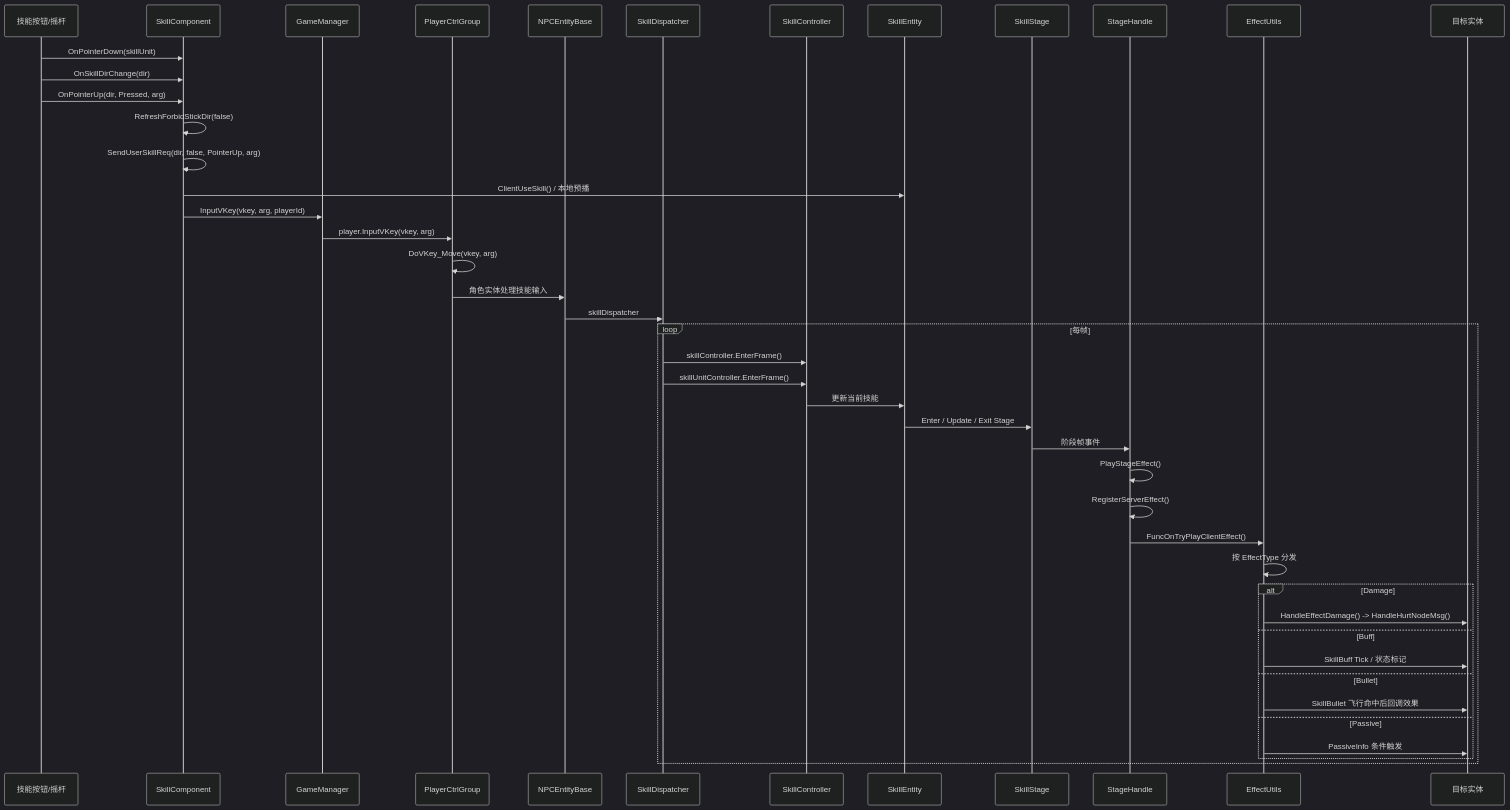
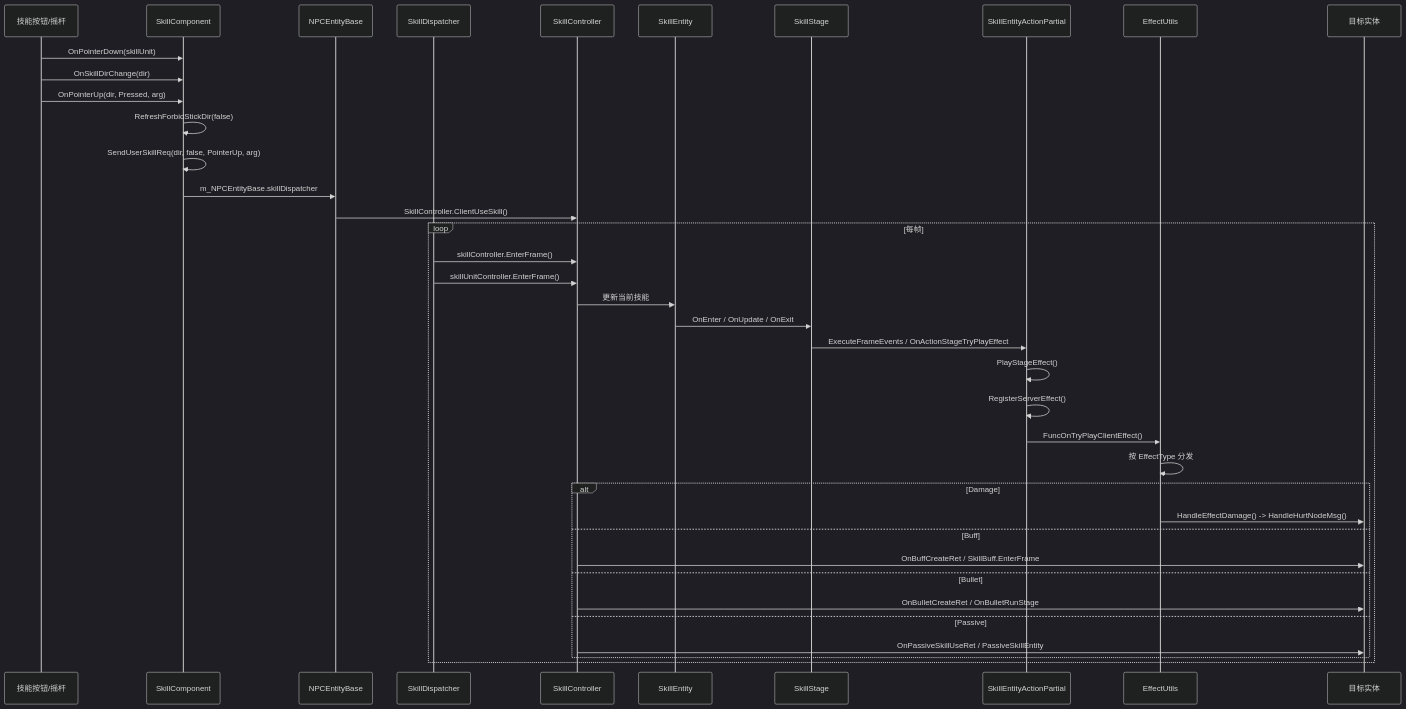
One commit to BoyLei/Stars changed the second of 2 diagrams in diagrams/battle/FLOW_SKILL_CAST_FULL.md. Above: the diagram before and after it, drawn with Mermaid (dark theme). The commit also changed other lines of this file and 135 other files, not shown here.

Commit message:
Refactor Stars client module and startup flow

````diff
--- a/diagrams/battle/FLOW_SKILL_CAST_FULL.md
+++ b/diagrams/battle/FLOW_SKILL_CAST_FULL.md
@@ -106,48 +105,42 @@
 ```mermaid
 sequenceDiagram
     participant UI as 技能按钮/摇杆
     participant SCmp as SkillComponent
-    participant GM as GameManager
-    participant PCG as PlayerCtrlGroup
     participant NPC as NPCEntityBase
     participant SD as SkillDispatcher
     participant SCtrl as SkillController
     participant SE as SkillEntity
     participant Stage as SkillStage
-    participant SH as StageHandle
+    participant Act as SkillEntityActionPartial
     participant EU as EffectUtils
     participant Target as 目标实体
 
     UI->>SCmp: OnPointerDown(skillUnit)
     UI->>SCmp: OnSkillDirChange(dir)
     UI->>SCmp: OnPointerUp(dir, Pressed, arg)
     SCmp->>SCmp: RefreshForbidStickDir(false)
     SCmp->>SCmp: SendUserSkillReq(dir, false, PointerUp, arg)
-    SCmp->>SE: ClientUseSkill() / 本地预播
-    SCmp->>GM: InputVKey(vkey, arg, playerId)
-    GM->>PCG: player.InputVKey(vkey, arg)
-    PCG->>PCG: DoVKey_Move(vkey, arg)
-    PCG->>NPC: 角色实体处理技能输入
-    NPC->>SD: skillDispatcher
+    SCmp->>NPC: m_NPCEntityBase.skillDispatcher
+    NPC->>SCtrl: SkillController.ClientUseSkill()
 
     loop 每帧
         SD->>SCtrl: skillController.EnterFrame()
         SD->>SCtrl: skillUnitController.EnterFrame()
         SCtrl->>SE: 更新当前技能
-        SE->>Stage: Enter / Update / Exit Stage
-        Stage->>SH: 阶段帧事件
-        SH->>SH: PlayStageEffect()
-        SH->>SH: RegisterServerEffect()
-        SH->>EU: FuncOnTryPlayClientEffect()
+        SE->>Stage: OnEnter / OnUpdate / OnExit
+        Stage->>Act: ExecuteFrameEvents / OnActionStageTryPlayEffect
+        Act->>Act: PlayStageEffect()
+        Act->>Act: RegisterServerEffect()
+        Act->>EU: FuncOnTryPlayClientEffect()
         EU->>EU: 按 EffectType 分发
         alt Damage
             EU->>Target: HandleEffectDamage() -> HandleHurtNodeMsg()
         else Buff
-            EU->>Target: SkillBuff Tick / 状态标记
+            SCtrl->>Target: OnBuffCreateRet / SkillBuff.EnterFrame
         else Bullet
-            EU->>Target: SkillBullet 飞行命中后回调效果
+            SCtrl->>Target: OnBulletCreateRet / OnBulletRunStage
         else Passive
-            EU->>Target: PassiveInfo 条件触发
+            SCtrl->>Target: OnPassiveSkillUseRet / PassiveSkillEntity
         end
     end
 ```
````
